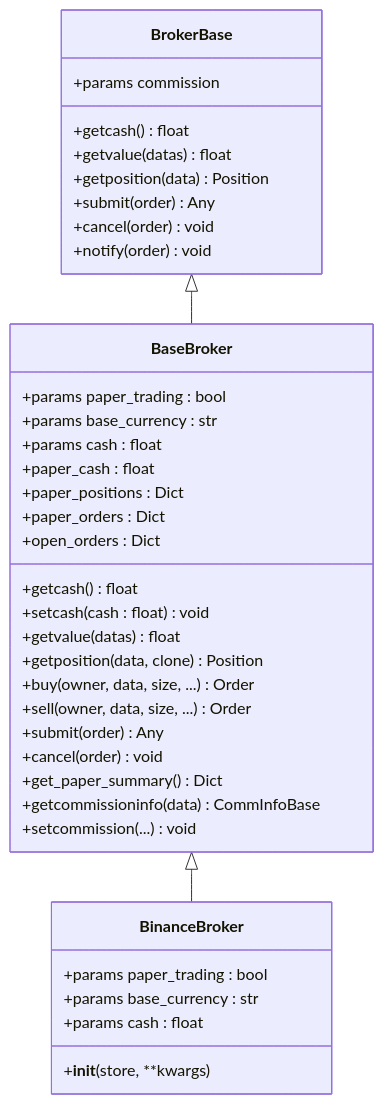
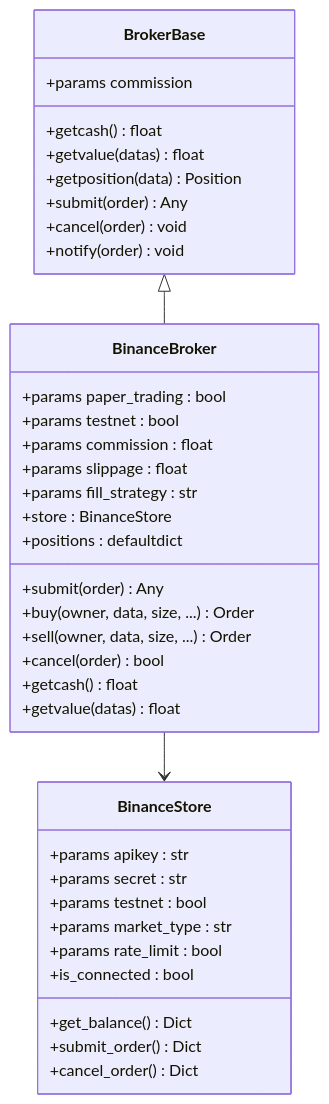
Before and after one commit to bench-prog/backtrader: the third of 8 diagrams in .qoder/repowiki/zh/content/实盘交易模块/Binance交易所集成/BinanceBroker执行层.md, drawn with Mermaid. The commit also changed other lines of this file and 23 other files, not shown here.

````diff
--- a/.qoder/repowiki/zh/content/实盘交易模块/Binance交易所集成/BinanceBroker执行层.md
+++ b/.qoder/repowiki/zh/content/实盘交易模块/Binance交易所集成/BinanceBroker执行层.md
@@ -156,40 +161,40 @@
 ```mermaid
 classDiagram
 class BrokerBase {
 +params commission
 +getcash() float
 +getvalue(datas) float
 +getposition(data) Position
 +submit(order) Any
 +cancel(order) void
 +notify(order) void
 }
-class BaseBroker {
+class BinanceBroker {
 +params paper_trading : bool
-+params base_currency : str
-+params cash : float
-+paper_cash : float
-+paper_positions : Dict
-+paper_orders : Dict
-+open_orders : Dict
-+getcash() float
-+setcash(cash : float) void
-+getvalue(datas) float
-+getposition(data, clone) Position
++params testnet : bool
++params commission : float
++params slippage : float
++params fill_strategy : str
++store : BinanceStore
++positions : defaultdict
++submit(order) Any
 +buy(owner, data, size, ...) Order
 +sell(owner, data, size, ...) Order
-+submit(order) Any
-+cancel(order) void
-+get_paper_summary() Dict
-+getcommissioninfo(data) CommInfoBase
-+setcommission(...) void
++cancel(order) bool
++getcash() float
++getvalue(datas) float
 }
-class BinanceBroker {
-+__init__(store, **kwargs)
-+params paper_trading : bool
-+params base_currency : str
-+params cash : float
+class BinanceStore {
++params apikey : str
++params secret : str
++params testnet : bool
++params market_type : str
++params rate_limit : bool
++is_connected : bool
++get_balance() Dict
++submit_order() Dict
++cancel_order() Dict
 }
-BrokerBase <|-- BaseBroker
-BaseBroker <|-- BinanceBroker
+BrokerBase <|-- BinanceBroker
+BinanceBroker --> BinanceStore
 ```
````
